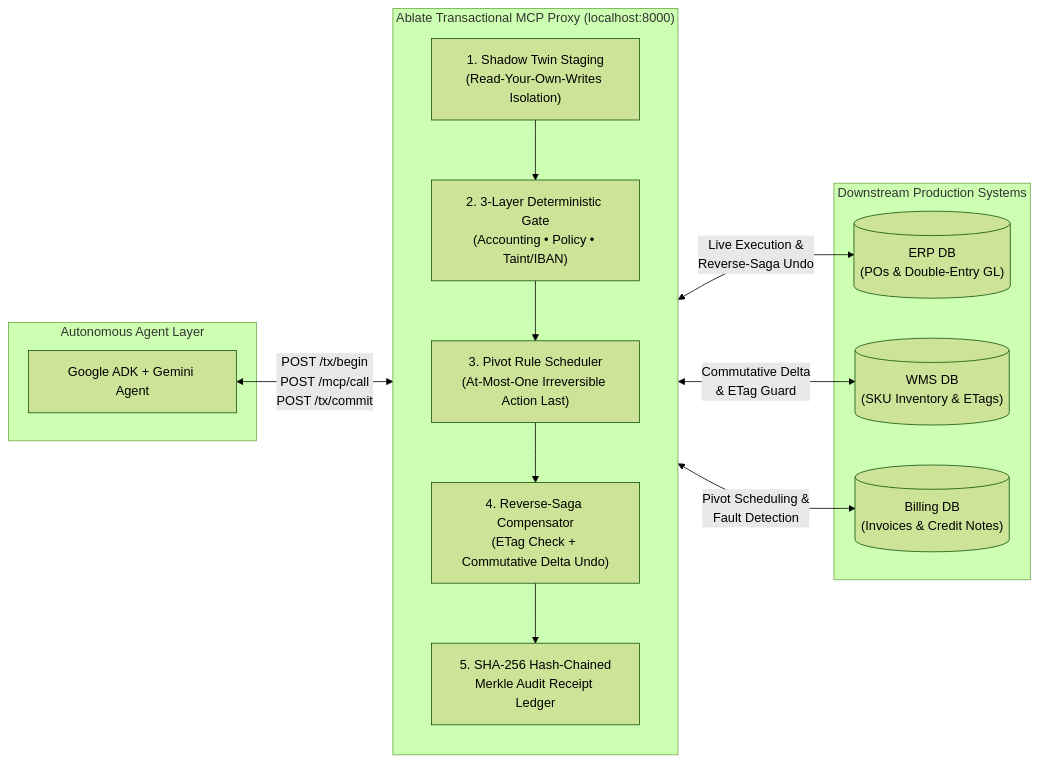
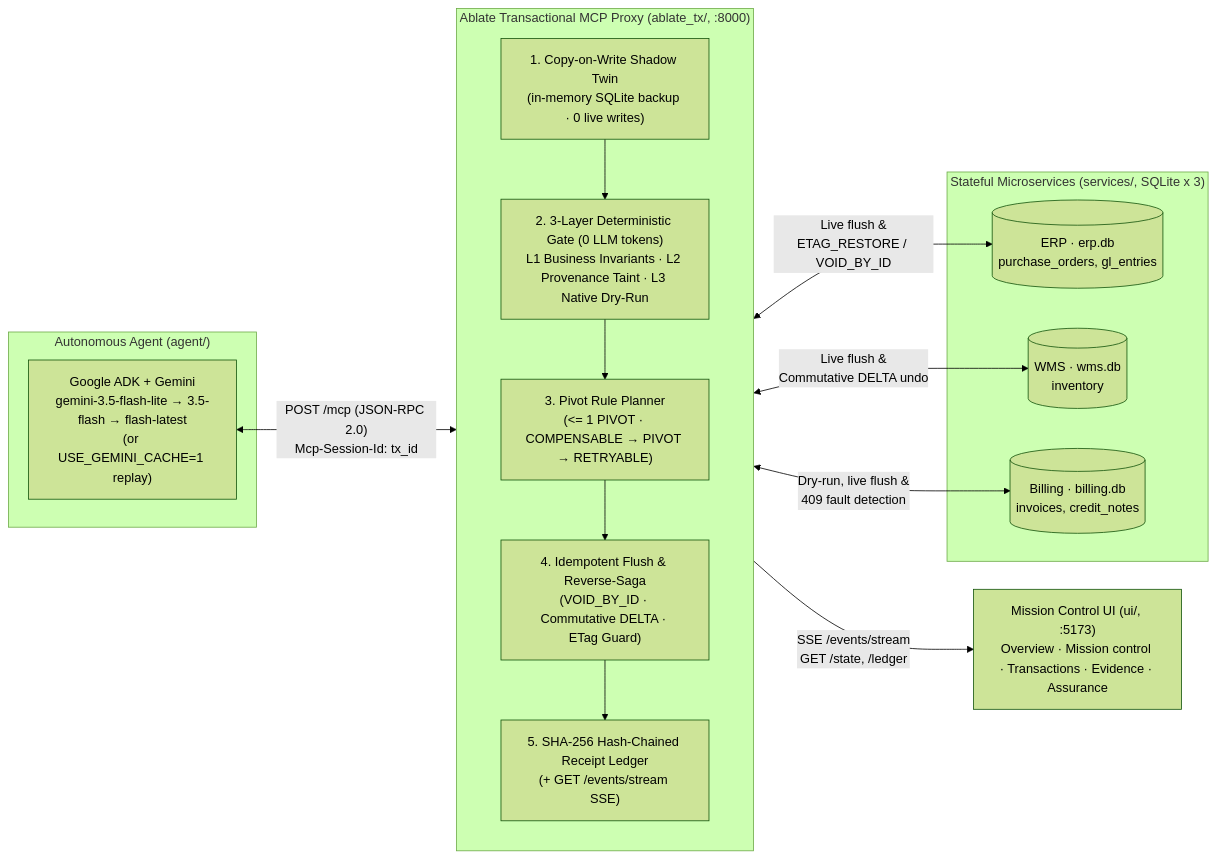
Before and after one commit to Vishant-1001/Ablate: the diagram in README.md, drawn with Mermaid (forest theme). The commit also changed other lines of this file and 1 other file, not shown here.

````diff
--- a/README.md
+++ b/README.md
@@ -26,27 +23,30 @@
 ```mermaid
 flowchart LR
-    subgraph AgentLayer["Autonomous Agent Layer"]
-        ADK["Google ADK + Gemini Agent"]
+    subgraph Agent["Autonomous Agent (agent/)"]
+        ADK["Google ADK + Gemini<br/>gemini-3.5-flash-lite → 3.5-flash → flash-latest<br/>(or USE_GEMINI_CACHE=1 replay)"]
     end
 
-    subgraph AblateProxy["Ablate Transactional MCP Proxy (localhost:8000)"]
+    subgraph Proxy["Ablate Transactional MCP Proxy (ablate_tx/, :8000)"]
         direction TB
-        TX["1. Shadow Twin Staging<br/>(Read-Your-Own-Writes Isolation)"]
-        GATE["2. 3-Layer Deterministic Gate<br/>(Accounting • Policy • Taint/IBAN)"]
-        PIVOT["3. Pivot Rule Scheduler<br/>(At-Most-One Irreversible Action Last)"]
-        SAGA["4. Reverse-Saga Compensator<br/>(ETag Check + Commutative Delta Undo)"]
-        LEDGER["5. SHA-256 Hash-Chained<br/>Merkle Audit Receipt Ledger"]
-        TX --> GATE --> PIVOT --> SAGA --> LEDGER
+        TWIN["1. Copy-on-Write Shadow Twin<br/>(in-memory SQLite backup · 0 live writes)"]
+        GATE["2. 3-Layer Deterministic Gate (0 LLM tokens)<br/>L1 Business Invariants · L2 Provenance Taint · L3 Native Dry-Run"]
+        PLAN["3. Pivot Rule Planner<br/>(<= 1 PIVOT · COMPENSABLE → PIVOT → RETRYABLE)"]
+        SAGA["4. Idempotent Flush & Reverse-Saga<br/>(VOID_BY_ID · Commutative DELTA · ETag Guard)"]
+        LEDGER["5. SHA-256 Hash-Chained Receipt Ledger<br/>(+ GET /events/stream SSE)"]
+        TWIN --> GATE --> PLAN --> SAGA --> LEDGER
     end
 
-    subgraph LiveSaaS["Downstream Production Systems"]
-        ERP[("ERP DB<br/>(POs & Double-Entry GL)")]
-        WMS[("WMS DB<br/>(SKU Inventory & ETags)")]
-        BILL[("Billing DB<br/>(Invoices & Credit Notes)")]
+    subgraph Services["Stateful Microservices (services/, SQLite x 3)"]
+        ERP[("ERP · erp.db<br/>purchase_orders, gl_entries")]
+        WMS[("WMS · wms.db<br/>inventory")]
+        BILL[("Billing · billing.db<br/>invoices, credit_notes")]
     end
 
-    ADK <-->|"POST /tx/begin<br/>POST /mcp/call<br/>POST /tx/commit"| AblateProxy
-    AblateProxy <-->|"Live Execution &<br/>Reverse-Saga Undo"| ERP
-    AblateProxy <-->|"Commutative Delta<br/>& ETag Guard"| WMS
-    AblateProxy <-->|"Pivot Scheduling &<br/>Fault Detection"| BILL
+    UI["Mission Control UI (ui/, :5173)<br/>Overview · Mission control · Transactions · Evidence · Assurance"]
+
+    ADK <-->|"POST /mcp (JSON-RPC 2.0)<br/>Mcp-Session-Id: tx_id"| Proxy
+    Proxy <-->|"Live flush &<br/>ETAG_RESTORE / VOID_BY_ID"| ERP
+    Proxy <-->|"Live flush &<br/>Commutative DELTA undo"| WMS
+    Proxy <-->|"Dry-run, live flush &<br/>409 fault detection"| BILL
+    Proxy -->|"SSE /events/stream<br/>GET /state, /ledger"| UI
 ```
````
